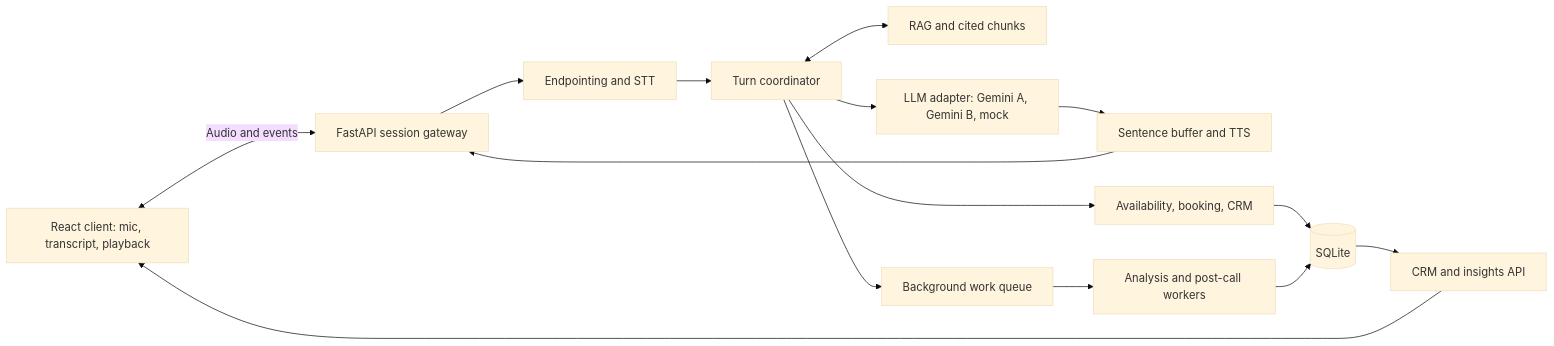
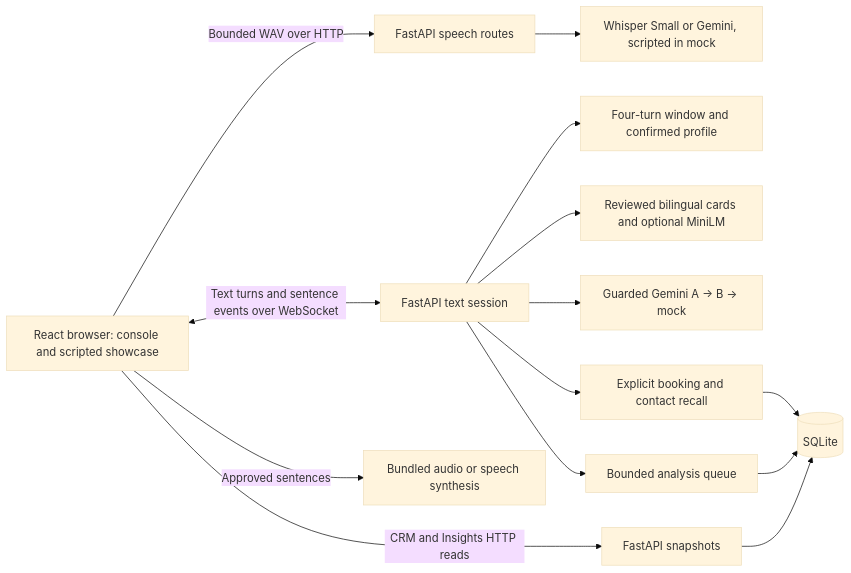
One commit to UJJWAL16895/FortivexAI changed the first of 3 diagrams in docs/ARCHITECTURE.md. Above: the diagram before and after it, drawn with Mermaid (base theme). The commit also changed other lines of this file and 21 other files, not shown here.

````diff
--- a/docs/ARCHITECTURE.md
+++ b/docs/ARCHITECTURE.md
@@ -38,17 +7,16 @@
 ```mermaid
 flowchart LR
-    B["React client: mic, transcript, playback"] <-->|Audio and events| G["FastAPI session gateway"]
-    G --> S["Endpointing and STT"]
-    S --> T["Turn coordinator"]
-    T <--> R["RAG and cited chunks"]
-    T --> L["LLM adapter: Gemini A, Gemini B, mock"]
-    L --> Y["Sentence buffer and TTS"]
-    Y --> G
-    T --> K["Availability, booking, CRM"]
-    K --> D[("SQLite")]
-    T --> Q["Background work queue"]
-    Q --> W["Analysis and post-call workers"]
-    W --> D
-    D --> I["CRM and insights API"]
-    I --> B
+    B["React browser: console and scripted showcase"] <-->|"Text turns and sentence events over WebSocket"| S["FastAPI text session"]
+    B -->|"Bounded WAV over HTTP"| V["FastAPI speech routes"]
+    V --> STT["Whisper Small or Gemini, scripted in mock"]
+    S --> M["Four-turn window and confirmed profile"]
+    S --> K["Reviewed bilingual cards and optional MiniLM"]
+    S --> L["Guarded Gemini A → B → mock"]
+    S --> C["Explicit booking and contact recall"]
+    S --> Q["Bounded analysis queue"]
+    C --> DB[("SQLite")]
+    Q --> DB
+    B -->|"CRM and Insights HTTP reads"| API["FastAPI snapshots"]
+    API --> DB
+    B -->|"Approved sentences"| T["Bundled audio or speech synthesis"]
 ```
````
